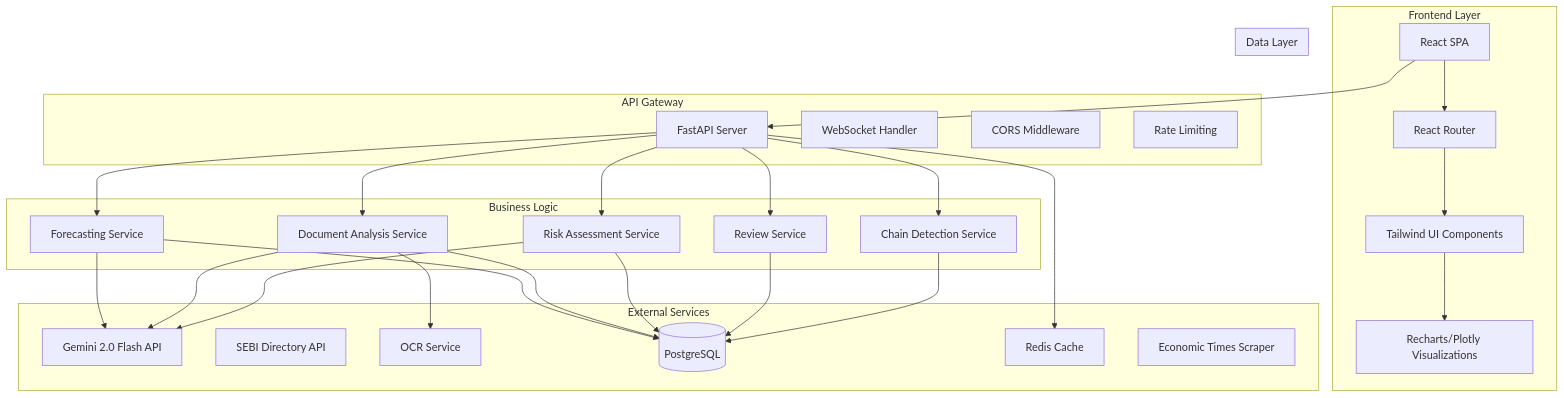
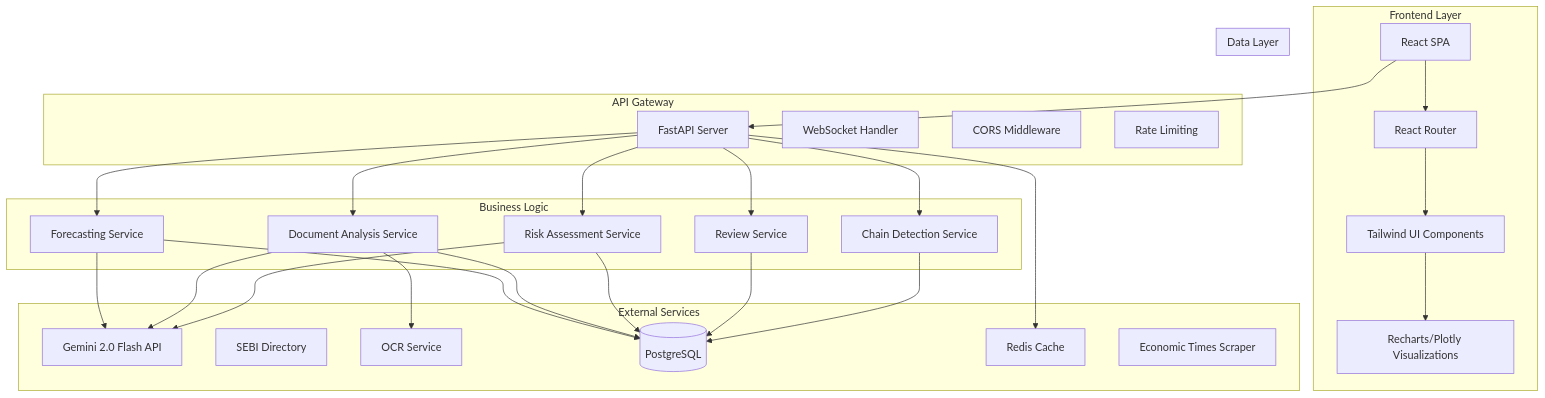
Before and after one commit to Rishikoli/IRIS: the first of 2 diagrams in .kiro/specs/iris-regtech-platform/design.md, drawn with Mermaid. The commit also changed 65 other files, not shown here.

````diff
--- a/.kiro/specs/iris-regtech-platform/design.md
+++ b/.kiro/specs/iris-regtech-platform/design.md
@@ -15,54 +15,54 @@
 ```mermaid
 graph TB
     subgraph "Frontend Layer"
         A[React SPA] --> B[React Router]
         B --> C[Tailwind UI Components]
         C --> D[Recharts/Plotly Visualizations]
     end
     
     subgraph "API Gateway"
         E[FastAPI Server]
         F[WebSocket Handler]
         G[CORS Middleware]
         H[Rate Limiting]
     end
     
     subgraph "Business Logic"
         I[Risk Assessment Service]
         J[Document Analysis Service]
         K[Forecasting Service]
         L[Chain Detection Service]
         M[Review Service]
     end
     
     subgraph "External Services"
         N[Gemini 2.0 Flash API]
-        O[SEBI Directory API]
+        O[SEBI Directory ]
         P[OCR Service]
         Q[FMP API]
         R[Google Trends API]
         S[Economic Times Scraper]
     end
     
     subgraph "Data Layer"
         Q[(PostgreSQL)]
         R[Redis Cache]
     end
     
     A --> E
     E --> I
     E --> J
     E --> K
     E --> L
     E --> M
     I --> N
     J --> N
     J --> P
     K --> N
     L --> Q
     M --> Q
     I --> Q
     J --> Q
     K --> Q
     E --> R
 ```
````
